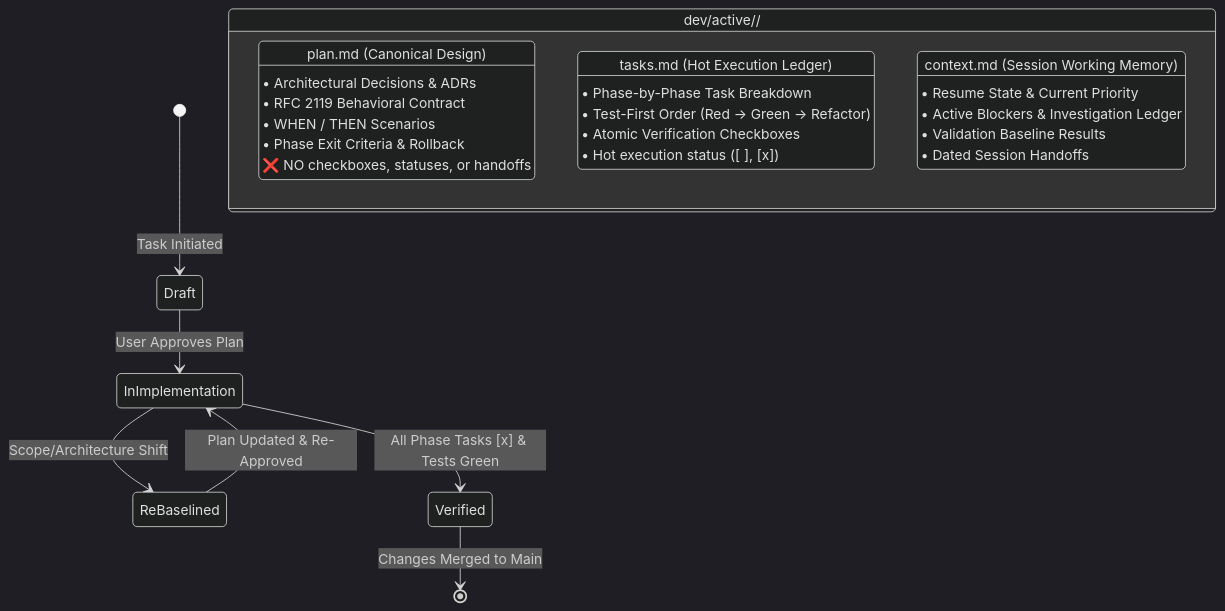
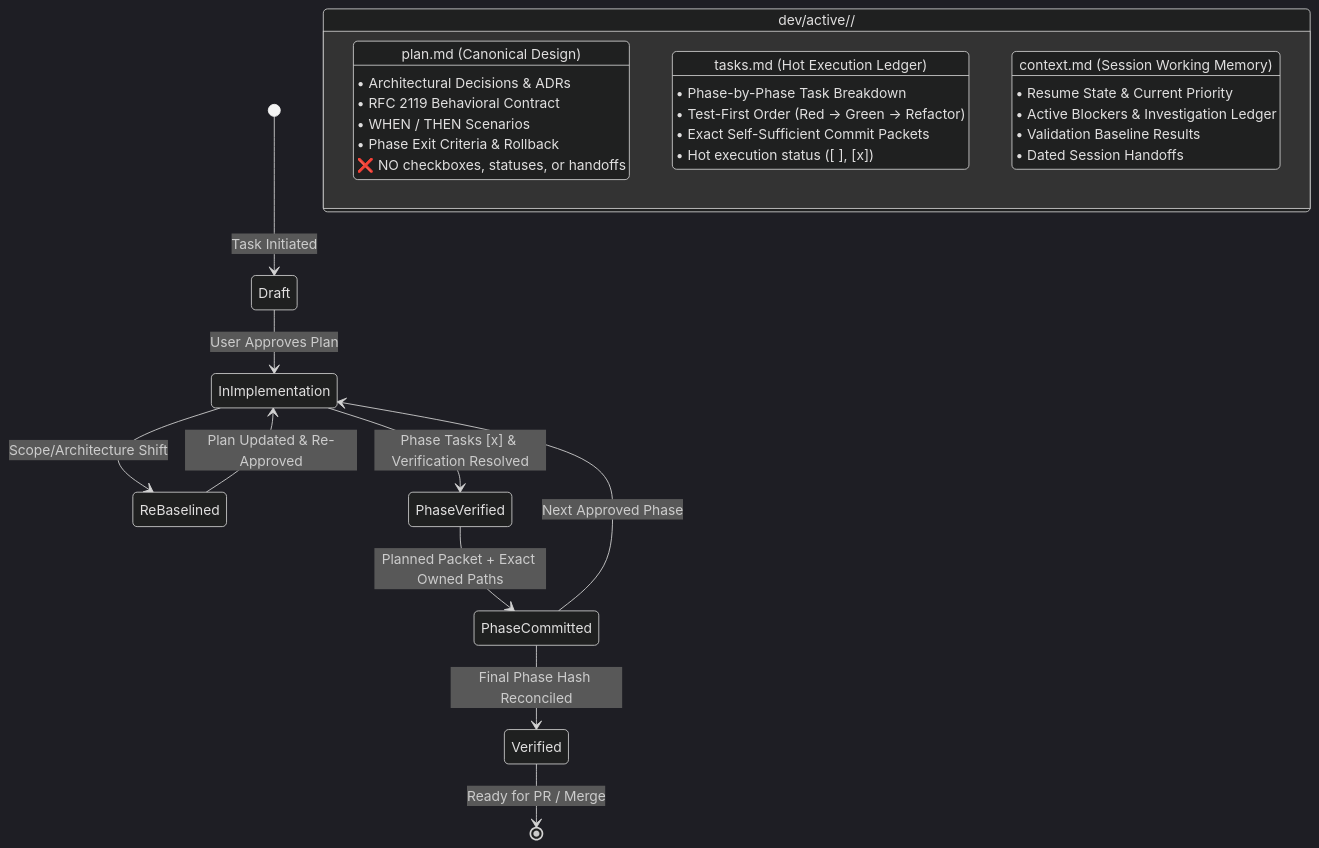
Before and after one commit to islamu-ngo/Explore: the fifth of 8 diagrams in docs/AGENTIC_CONTEXT_ENGINEERING.md, drawn with Mermaid (dark theme). The commit also changed other lines of this file and 19 other files, not shown here.

First line of the commit message:
build(architecture): define executable agent workstream contracts

````diff
--- a/docs/AGENTIC_CONTEXT_ENGINEERING.md
+++ b/docs/AGENTIC_CONTEXT_ENGINEERING.md
@@ -207,32 +226,35 @@
 ```mermaid
 stateDiagram-v2
     [*] --> Draft: Task Initiated
 
     state "dev/active/<task>/" as ActiveWorkstream {
         state "plan.md (Canonical Design)" as PlanDoc
         state "tasks.md (Hot Execution Ledger)" as TasksDoc
         state "context.md (Session Working Memory)" as ContextDoc
         
         PlanDoc: • Architectural Decisions & ADRs
         PlanDoc: • RFC 2119 Behavioral Contract
         PlanDoc: • WHEN / THEN Scenarios
         PlanDoc: • Phase Exit Criteria & Rollback
         PlanDoc: ❌ NO checkboxes, statuses, or handoffs
         
         TasksDoc: • Phase-by-Phase Task Breakdown
         TasksDoc: • Test-First Order (Red -> Green -> Refactor)
-        TasksDoc: • Atomic Verification Checkboxes
+        TasksDoc: • Exact Self-Sufficient Commit Packets
         TasksDoc: • Hot execution status ([ ], [x])
         
         ContextDoc: • Resume State & Current Priority
         ContextDoc: • Active Blockers & Investigation Ledger
         ContextDoc: • Validation Baseline Results
         ContextDoc: • Dated Session Handoffs
     }
 
     Draft --> InImplementation: User Approves Plan
     InImplementation --> ReBaselined: Scope/Architecture Shift
     ReBaselined --> InImplementation: Plan Updated & Re-Approved
-    InImplementation --> Verified: All Phase Tasks [x] & Tests Green
-    Verified --> [*]: Changes Merged to Main
+    InImplementation --> PhaseVerified: Phase Tasks [x] & Verification Resolved
+    PhaseVerified --> PhaseCommitted: Planned Packet + Exact Owned Paths
+    PhaseCommitted --> InImplementation: Next Approved Phase
+    PhaseCommitted --> Verified: Final Phase Hash Reconciled
+    Verified --> [*]: Ready for PR / Merge
 ```
````
